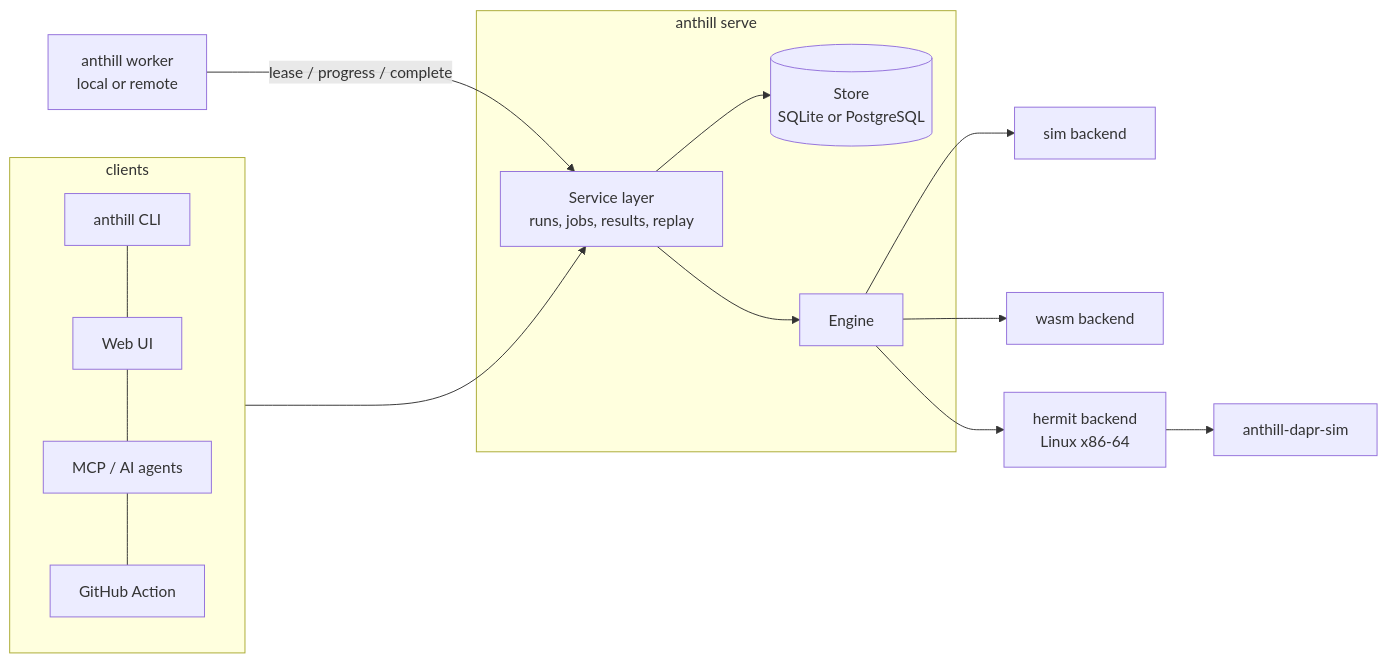
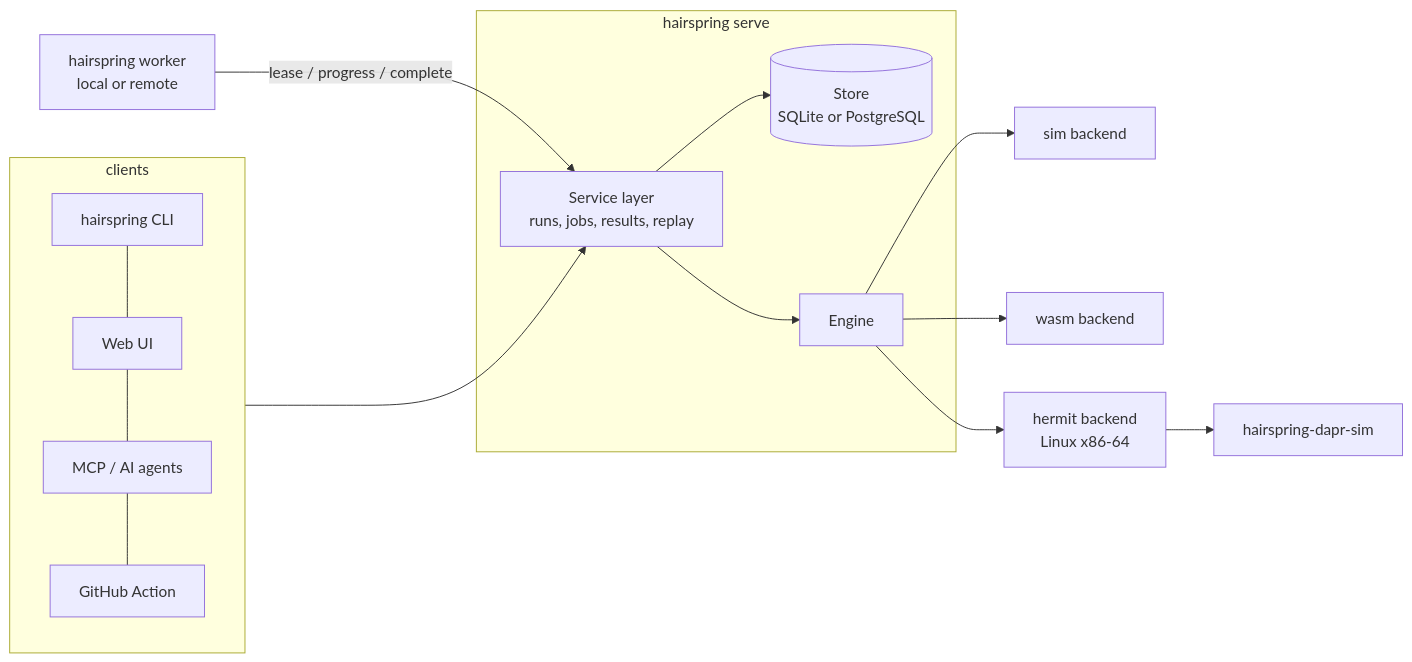
Before and after one commit to spiculedata/hairspring: the diagram in docs/architecture.md, drawn with Mermaid. The commit also changed other lines of this file and 228 other files, not shown here.

First line of the commit message:
chore: rename the project from Anthill to Hairspring

````diff
--- a/docs/architecture.md
+++ b/docs/architecture.md
@@ -3,17 +3,17 @@
 ```mermaid
 flowchart LR
   subgraph clients
-    CLI[anthill CLI] --- UI[Web UI] --- MCP[MCP / AI agents] --- CI[GitHub Action]
+    CLI[hairspring CLI] --- UI[Web UI] --- MCP[MCP / AI agents] --- CI[GitHub Action]
   end
   clients --> SVC
-  subgraph server[anthill serve]
+  subgraph server[hairspring serve]
     SVC[Service layer<br/>runs, jobs, results, replay]
     SVC --> ST[(Store<br/>SQLite or PostgreSQL)]
     SVC --> ENG[Engine]
   end
-  W[anthill worker<br/>local or remote] -->|lease / progress / complete| SVC
+  W[hairspring worker<br/>local or remote] -->|lease / progress / complete| SVC
   ENG --> SIM[sim backend]
   ENG --> WASM[wasm backend]
   ENG --> HERMIT[hermit backend<br/>Linux x86-64]
-  HERMIT --> DAPR[anthill-dapr-sim]
+  HERMIT --> DAPR[hairspring-dapr-sim]
 ```
````
